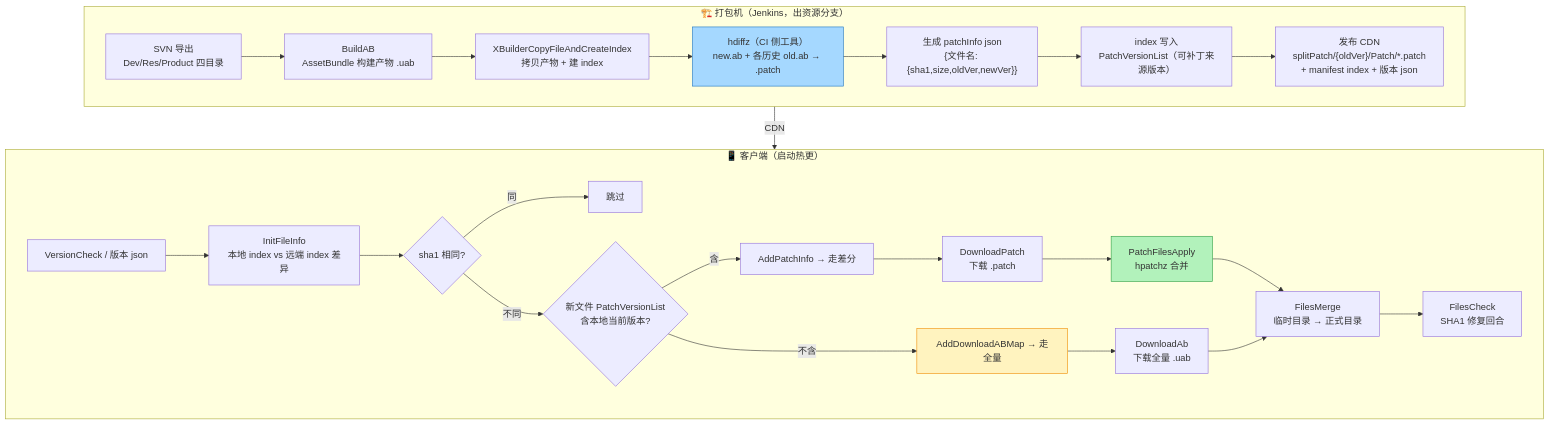
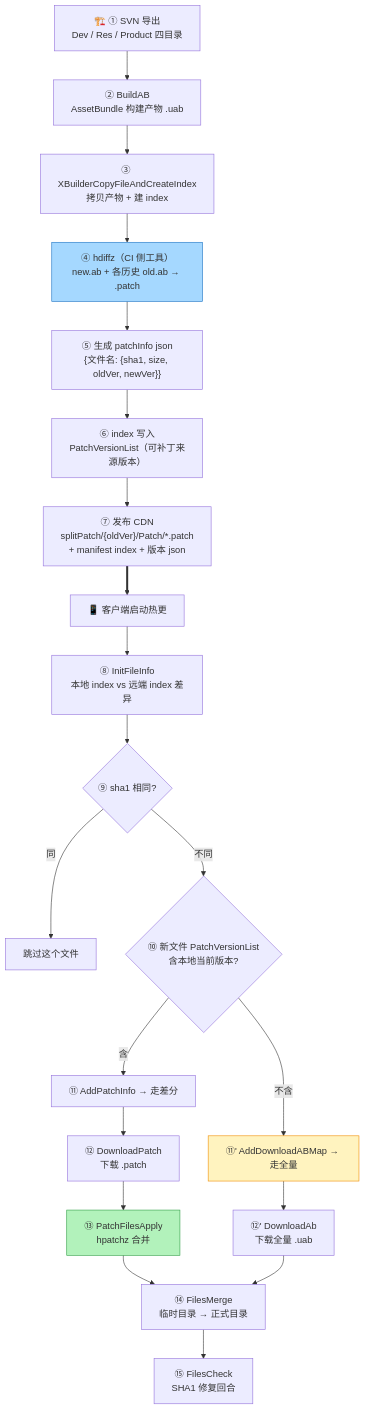
One commit to fankidark/tech-site changed the first of 2 diagrams in docs/hot-update/hdiff-pipeline.md. Above: the diagram before and after it, drawn with Mermaid. The commit also changed 13 other files, not shown here.

First line of the commit message:
fix(diagram): 修复流程图节点内容显示不全 —— 宽度从最差 0.18 缩放到 0.72

````diff
--- a/docs/hot-update/hdiff-pipeline.md
+++ b/docs/hot-update/hdiff-pipeline.md
@@ -37,30 +37,26 @@
 ```mermaid
 flowchart TB
-    subgraph ci["🏗️ 打包机（Jenkins，出资源分支）"]
-        A1["SVN 导出<br/>Dev/Res/Product 四目录"] --> A2["BuildAB<br/>AssetBundle 构建产物 .uab"]
-        A2 --> A3["XBuilderCopyFileAndCreateIndex<br/>拷贝产物 + 建 index"]
-        A3 --> A4["hdiffz（CI 侧工具）<br/>new.ab + 各历史 old.ab → .patch"]
-        A4 --> A5["生成 patchInfo json<br/>{文件名: {sha1,size,oldVer,newVer}}"]
-        A5 --> A6["index 写入<br/>PatchVersionList（可补丁来源版本）"]
-        A6 --> A7["发布 CDN<br/>splitPatch/{oldVer}/Patch/*.patch<br/>+ manifest index + 版本 json"]
-    end
-    subgraph client["📱 客户端（启动热更）"]
-        B1["VersionCheck / 版本 json"] --> B2["InitFileInfo<br/>本地 index vs 远端 index 差异"]
-        B2 --> B3{"sha1 相同?"}
-        B3 -->|同| SKIP["跳过"]
-        B3 -->|不同| B4{"新文件 PatchVersionList<br/>含本地当前版本?"}
-        B4 -->|含| B5["AddPatchInfo → 走差分"]
-        B4 -->|不含| B6["AddDownloadABMap → 走全量"]
-        B5 --> B7["DownloadPatch<br/>下载 .patch"]
-        B6 --> B8["DownloadAb<br/>下载全量 .uab"]
-        B7 --> B9["PatchFilesApply<br/>hpatchz 合并"]
-        B9 --> B10["FilesMerge<br/>临时目录 → 正式目录"]
-        B8 --> B10
-        B10 --> B11["FilesCheck<br/>SHA1 修复回合"]
-    end
-    ci -->|"CDN"| client
+    A1["🏗️ ① SVN 导出<br/>Dev / Res / Product 四目录"] --> A2["② BuildAB<br/>AssetBundle 构建产物 .uab"]
+    A2 --> A3["③ XBuilderCopyFileAndCreateIndex<br/>拷贝产物 + 建 index"]
+    A3 --> A4["④ hdiffz（CI 侧工具）<br/>new.ab + 各历史 old.ab → .patch"]
+    A4 --> A5["⑤ 生成 patchInfo json<br/>{文件名: {sha1, size, oldVer, newVer}}"]
+    A5 --> A6["⑥ index 写入<br/>PatchVersionList（可补丁来源版本）"]
+    A6 --> A7["⑦ 发布 CDN<br/>splitPatch/{oldVer}/Patch/*.patch<br/>+ manifest index + 版本 json"]
+    A7 ==> B1["📱 客户端启动热更"]
+    B1 --> B2["⑧ InitFileInfo<br/>本地 index vs 远端 index 差异"]
+    B2 --> B3{"⑨ sha1 相同?"}
+    B3 -->|同| SKIP["跳过这个文件"]
+    B3 -->|不同| B4{"⑩ 新文件 PatchVersionList<br/>含本地当前版本?"}
+    B4 -->|含| B5["⑪ AddPatchInfo → 走差分"]
+    B4 -->|不含| B6["⑪' AddDownloadABMap → 走全量"]
+    B5 --> B7["⑫ DownloadPatch<br/>下载 .patch"]
+    B6 --> B8["⑫' DownloadAb<br/>下载全量 .uab"]
+    B7 --> B9["⑬ PatchFilesApply<br/>hpatchz 合并"]
+    B9 --> B10["⑭ FilesMerge<br/>临时目录 → 正式目录"]
+    B8 --> B10
+    B10 --> B11["⑮ FilesCheck<br/>SHA1 修复回合"]
 
     style A4 fill:#a5d8ff,stroke:#1971c2
     style B9 fill:#b2f2bb,stroke:#2f9e44
     style B6 fill:#fff3bf,stroke:#f08c00
 ```
````
